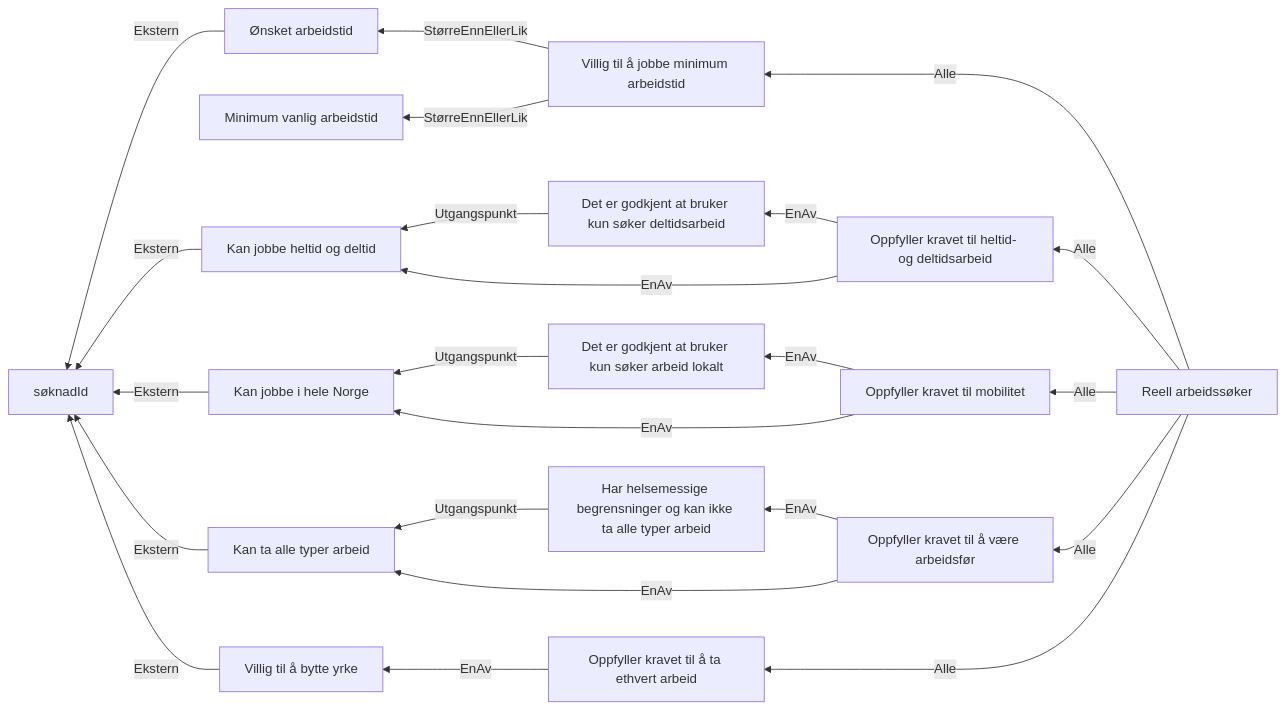
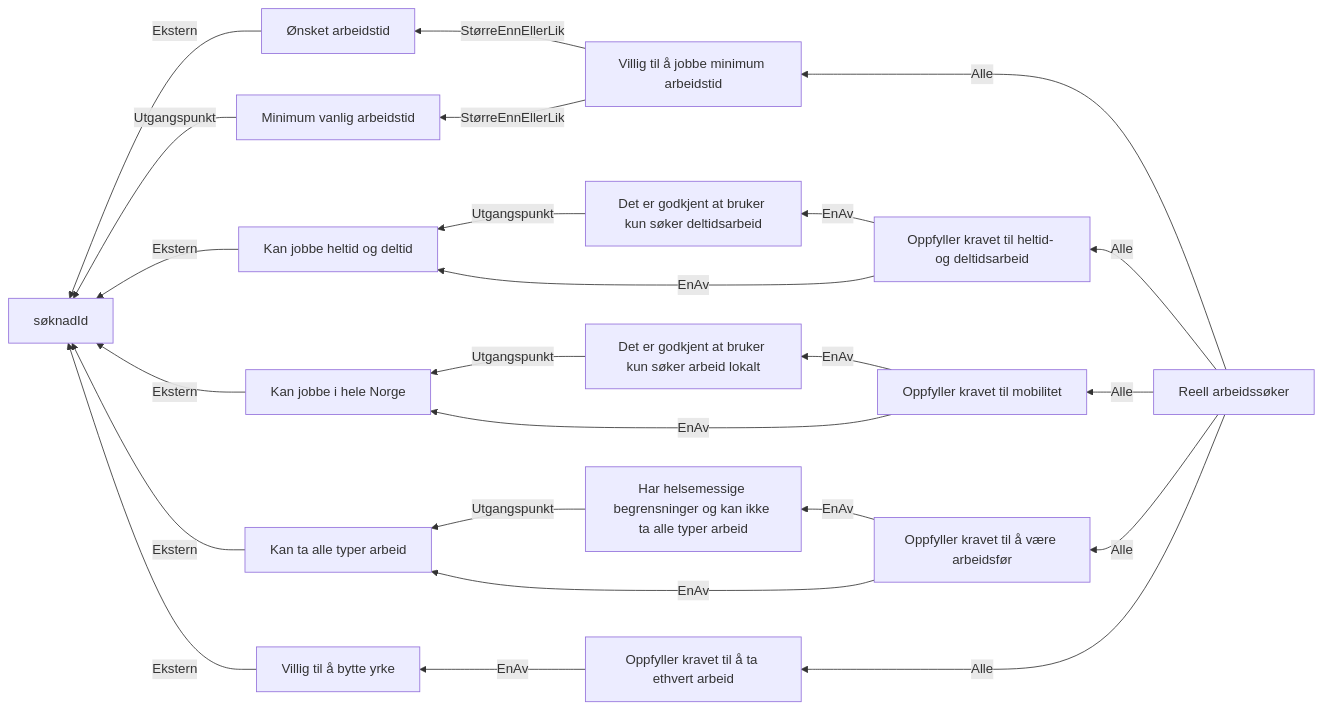
One commit to navikt/dp-behandling changed the diagram in docs/regler/§ 4-5. Reelle arbeidssøkere.approved.md. Above: the diagram before and after it, drawn with Mermaid. The commit also changed 10 other files, not shown here.

````diff
--- a/docs/regler/§ 4-5. Reelle arbeidssøkere.approved.md
+++ b/docs/regler/§ 4-5. Reelle arbeidssøkere.approved.md
@@ -5,25 +5,26 @@
 ```mermaid
 graph RL
   A["Ønsket arbeidstid"] -->|"Ekstern"| B["søknadId"]
-  C["Villig til å jobbe minimum arbeidstid"] -->|"StørreEnnEllerLik"| A["Ønsket arbeidstid"]
-  C["Villig til å jobbe minimum arbeidstid"] -->|"StørreEnnEllerLik"| D["Minimum vanlig arbeidstid"]
+  C["Minimum vanlig arbeidstid"] -->|"Utgangspunkt"| B["søknadId"]
+  D["Villig til å jobbe minimum arbeidstid"] -->|"StørreEnnEllerLik"| A["Ønsket arbeidstid"]
+  D["Villig til å jobbe minimum arbeidstid"] -->|"StørreEnnEllerLik"| C["Minimum vanlig arbeidstid"]
   E["Kan jobbe heltid og deltid"] -->|"Ekstern"| B["søknadId"]
   F["Det er godkjent at bruker kun søker deltidsarbeid"] -->|"Utgangspunkt"| E["Kan jobbe heltid og deltid"]
   G["Kan jobbe i hele Norge"] -->|"Ekstern"| B["søknadId"]
   H["Det er godkjent at bruker kun søker arbeid lokalt"] -->|"Utgangspunkt"| G["Kan jobbe i hele Norge"]
   I["Kan ta alle typer arbeid"] -->|"Ekstern"| B["søknadId"]
   J["Har helsemessige begrensninger og kan ikke ta alle typer arbeid"] -->|"Utgangspunkt"| I["Kan ta alle typer arbeid"]
   K["Villig til å bytte yrke"] -->|"Ekstern"| B["søknadId"]
   L["Oppfyller kravet til heltid- og deltidsarbeid"] -->|"EnAv"| E["Kan jobbe heltid og deltid"]
   L["Oppfyller kravet til heltid- og deltidsarbeid"] -->|"EnAv"| F["Det er godkjent at bruker kun søker deltidsarbeid"]
   M["Oppfyller kravet til mobilitet"] -->|"EnAv"| G["Kan jobbe i hele Norge"]
   M["Oppfyller kravet til mobilitet"] -->|"EnAv"| H["Det er godkjent at bruker kun søker arbeid lokalt"]
   N["Oppfyller kravet til å være arbeidsfør"] -->|"EnAv"| I["Kan ta alle typer arbeid"]
   N["Oppfyller kravet til å være arbeidsfør"] -->|"EnAv"| J["Har helsemessige begrensninger og kan ikke ta alle typer arbeid"]
   O["Oppfyller kravet til å ta ethvert arbeid"] -->|"EnAv"| K["Villig til å bytte yrke"]
-  P["Reell arbeidssøker"] -->|"Alle"| C["Villig til å jobbe minimum arbeidstid"]
+  P["Reell arbeidssøker"] -->|"Alle"| D["Villig til å jobbe minimum arbeidstid"]
   P["Reell arbeidssøker"] -->|"Alle"| L["Oppfyller kravet til heltid- og deltidsarbeid"]
   P["Reell arbeidssøker"] -->|"Alle"| M["Oppfyller kravet til mobilitet"]
   P["Reell arbeidssøker"] -->|"Alle"| N["Oppfyller kravet til å være arbeidsfør"]
   P["Reell arbeidssøker"] -->|"Alle"| O["Oppfyller kravet til å ta ethvert arbeid"]
 ```
````
